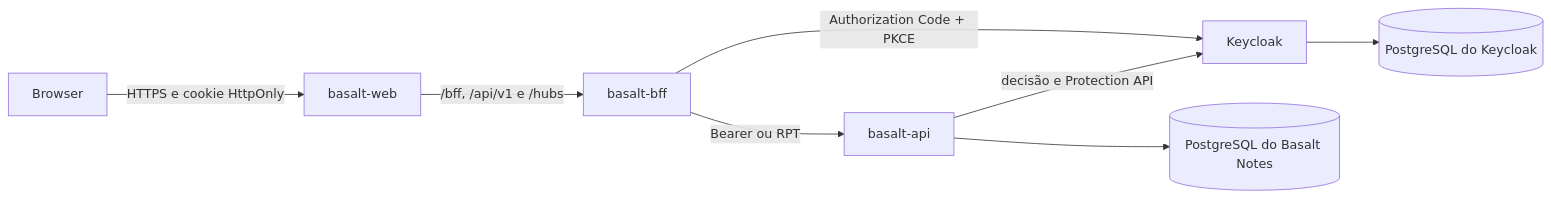
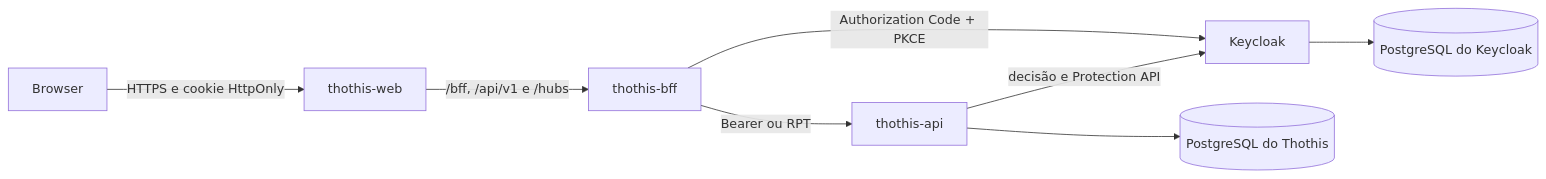
The diagram in docs/configuracao-keycloak.md (altivy-it/nodra), drawn with Mermaid before and after one commit. The commit also changed other lines of this file and 64 other files, not shown here.

````diff
--- a/docs/configuracao-keycloak.md
+++ b/docs/configuracao-keycloak.md
@@ -19,10 +19,10 @@
 ```mermaid
 flowchart LR
-    Browser[Browser] -->|HTTPS e cookie HttpOnly| Web[basalt-web]
-    Web -->|/bff, /api/v1 e /hubs| BFF[basalt-bff]
+    Browser[Browser] -->|HTTPS e cookie HttpOnly| Web[thothis-web]
+    Web -->|/bff, /api/v1 e /hubs| BFF[thothis-bff]
     BFF -->|Authorization Code + PKCE| KC[Keycloak]
-    BFF -->|Bearer ou RPT| API[basalt-api]
+    BFF -->|Bearer ou RPT| API[thothis-api]
     API -->|decisão e Protection API| KC
     KC --> KCDB[(PostgreSQL do Keycloak)]
-    API --> APPDB[(PostgreSQL do Basalt Notes)]
+    API --> APPDB[(PostgreSQL do Thothis)]
 ```
````
